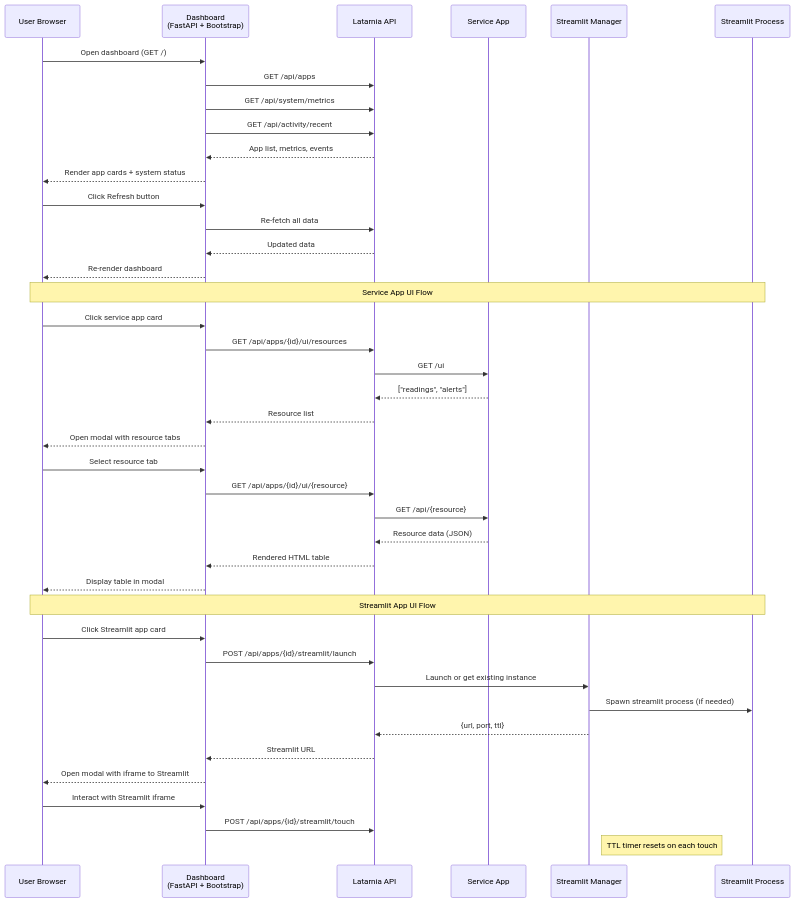
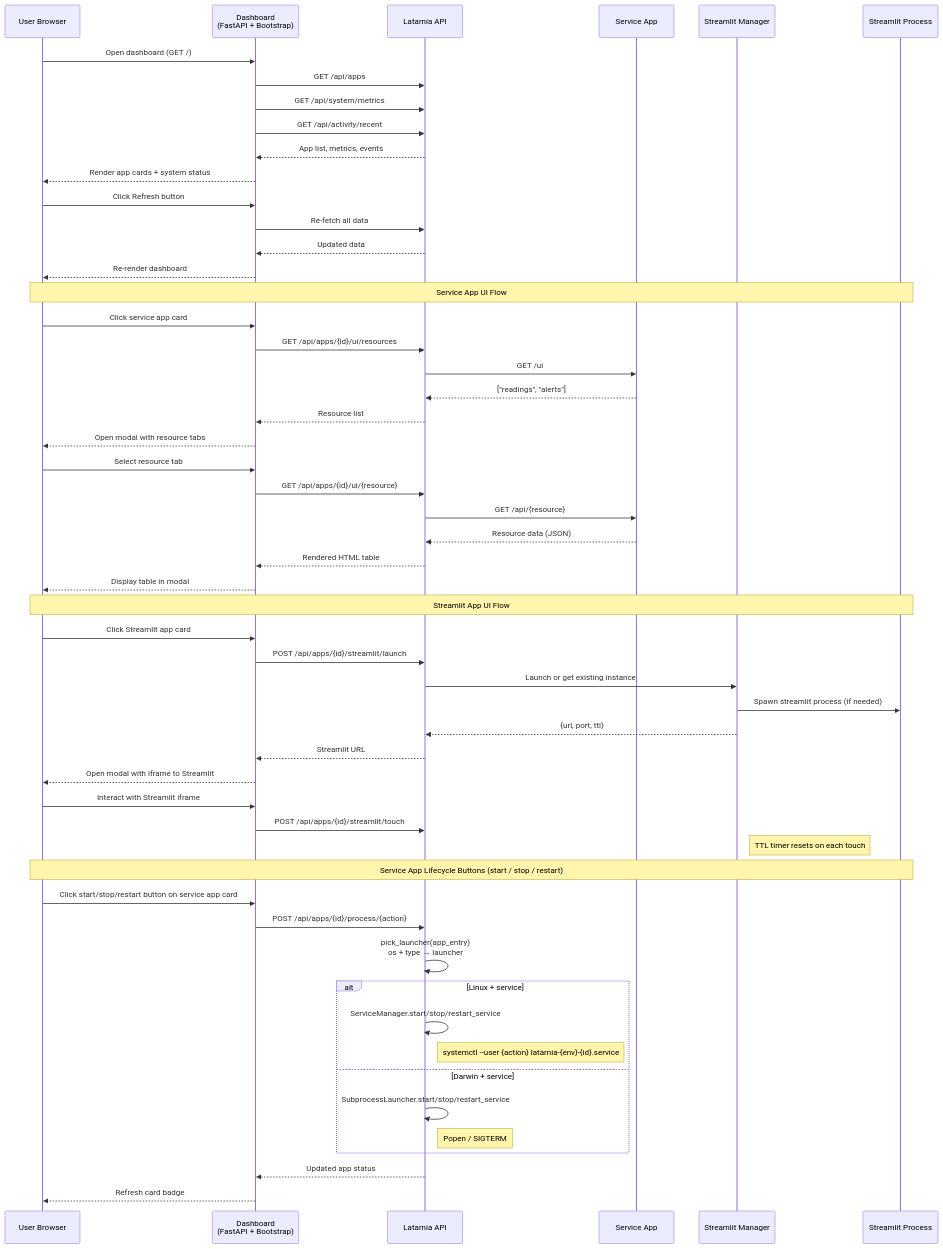
One commit to felipe-stanham/HomeHelper changed the third of 11 diagrams in docs/System/workflows.md. Above: the diagram before and after it, drawn with Mermaid. The commit also changed other lines of this file and 8 other files, not shown here.

````diff
--- a/docs/System/workflows.md
+++ b/docs/System/workflows.md
@@ -77,51 +85,66 @@
 ```mermaid
 sequenceDiagram
     participant User as User Browser
     participant Dash as Dashboard<br/>(FastAPI + Bootstrap)
     participant API as Latarnia API
     participant SvcApp as Service App
     participant StMgr as Streamlit Manager
     participant StApp as Streamlit Process
 
     User->>Dash: Open dashboard (GET /)
     Dash->>API: GET /api/apps
     Dash->>API: GET /api/system/metrics
     Dash->>API: GET /api/activity/recent
     API-->>Dash: App list, metrics, events
     Dash-->>User: Render app cards + system status
 
     User->>Dash: Click Refresh button
     Dash->>API: Re-fetch all data
     API-->>Dash: Updated data
     Dash-->>User: Re-render dashboard
 
     Note over User,StApp: Service App UI Flow
 
     User->>Dash: Click service app card
     Dash->>API: GET /api/apps/{id}/ui/resources
     API->>SvcApp: GET /ui
     SvcApp-->>API: ["readings", "alerts"]
     API-->>Dash: Resource list
     Dash-->>User: Open modal with resource tabs
 
     User->>Dash: Select resource tab
     Dash->>API: GET /api/apps/{id}/ui/{resource}
     API->>SvcApp: GET /api/{resource}
     SvcApp-->>API: Resource data (JSON)
     API-->>Dash: Rendered HTML table
     Dash-->>User: Display table in modal
 
     Note over User,StApp: Streamlit App UI Flow
 
     User->>Dash: Click Streamlit app card
     Dash->>API: POST /api/apps/{id}/streamlit/launch
     API->>StMgr: Launch or get existing instance
     StMgr->>StApp: Spawn streamlit process (if needed)
     StMgr-->>API: {url, port, ttl}
     API-->>Dash: Streamlit URL
     Dash-->>User: Open modal with iframe to Streamlit
 
     User->>Dash: Interact with Streamlit iframe
     Dash->>API: POST /api/apps/{id}/streamlit/touch
     Note right of StMgr: TTL timer resets on each touch
+
+    Note over User,StApp: Service App Lifecycle Buttons (start / stop / restart)
+
+    User->>Dash: Click start/stop/restart button on service app card
+    Dash->>API: POST /api/apps/{id}/process/{action}
+    API->>API: pick_launcher(app_entry)<br/>os + type → launcher
+    alt Linux + service
+        API->>API: ServiceManager.start/stop/restart_service
+        Note right of API: systemctl --user {action} latarnia-{env}-{id}.service
+    else Darwin + service
+        API->>API: SubprocessLauncher.start/stop/restart_service
+        Note right of API: Popen / SIGTERM
+    end
+    API-->>Dash: Updated app status
+    Dash-->>User: Refresh card badge
 ```
````
